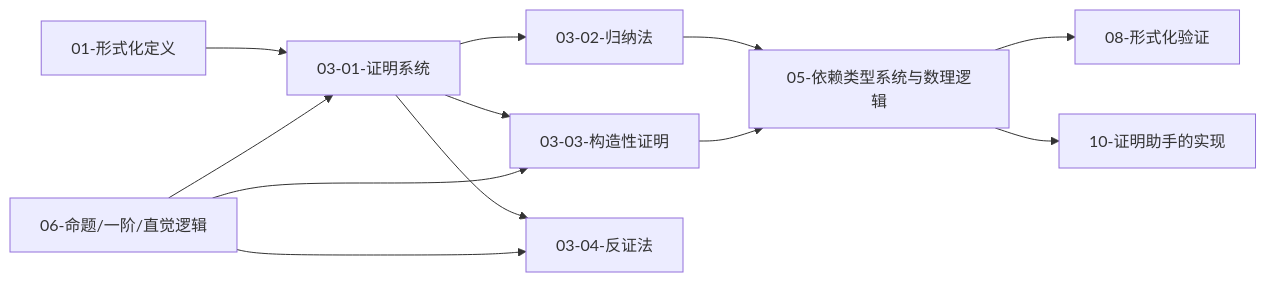
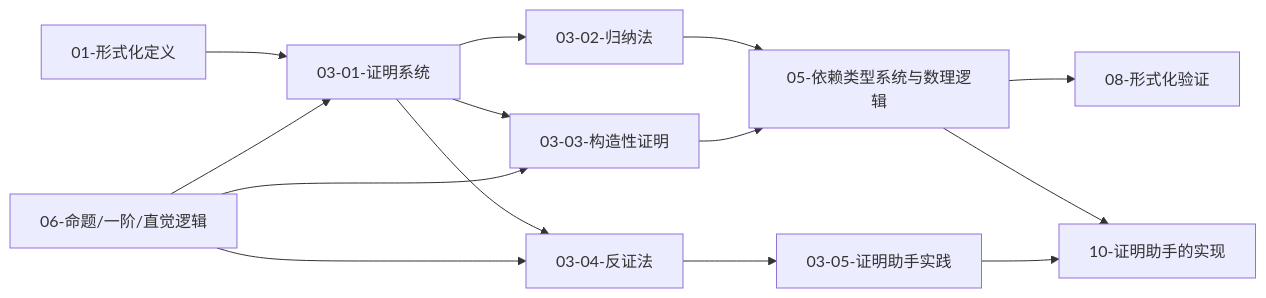
One commit to AdaMartin18010/FormalAlgorithm changed the fourth of 4 diagrams in docs/03-形式化证明/形式化证明模块知识图谱.md. Above: the diagram before and after it, drawn with Mermaid. The commit also changed other lines of this file and 226 other files, not shown here.

````diff
--- a/docs/03-形式化证明/形式化证明模块知识图谱.md
+++ b/docs/03-形式化证明/形式化证明模块知识图谱.md
@@ -136,15 +137,17 @@
 ```mermaid
 graph LR
     A[01-形式化定义] --> B[03-01-证明系统]
     B --> C[03-02-归纳法]
     B --> D[03-03-构造性证明]
     B --> E[03-04-反证法]
     C --> F[05-依赖类型系统与数理逻辑]
     D --> F
     F --> G[08-形式化验证]
     F --> H[10-证明助手的实现]
+    E --> J[03-05-证明助手实践]
+    J --> H
 
     I[06-命题/一阶/直觉逻辑] --> B
     I --> D
     I --> E
 ```
````
